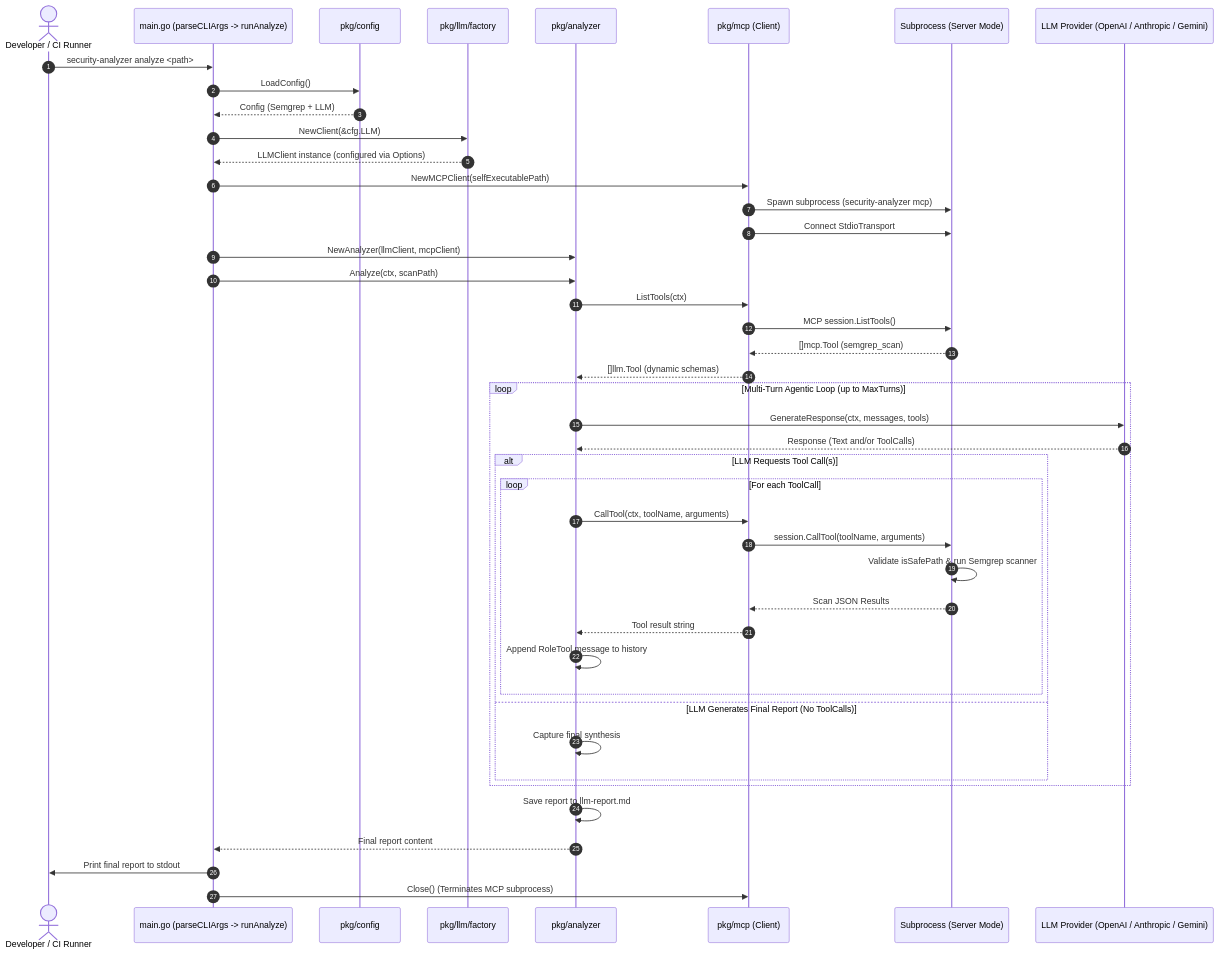
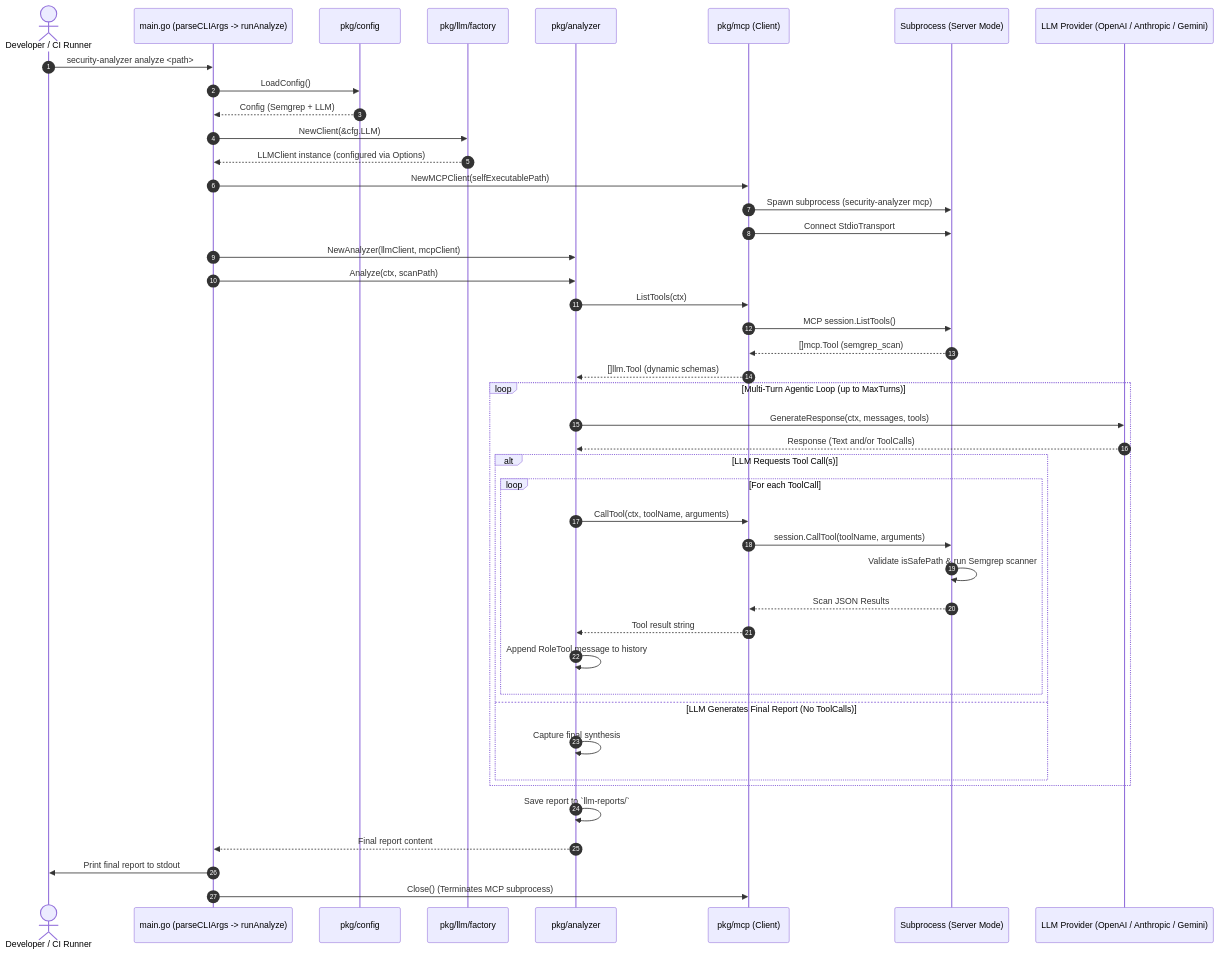
Before and after one commit to ajponte/security-analyzer: the first of 2 diagrams in docs/specs/llm-integration.md, drawn with Mermaid. The commit also changed other lines of this file and 7 other files, not shown here.

````diff
--- a/docs/specs/llm-integration.md
+++ b/docs/specs/llm-integration.md
@@ -22,51 +22,51 @@
 ```mermaid
 sequenceDiagram
     autonumber
     actor User as Developer / CI Runner
     participant Main as main.go (parseCLIArgs -> runAnalyze)
     participant Config as pkg/config
     participant Factory as pkg/llm/factory
     participant Analyzer as pkg/analyzer
     participant MCPClient as pkg/mcp (Client)
     participant MCPServer as Subprocess (Server Mode)
     participant LLM as LLM Provider (OpenAI / Anthropic / Gemini)
 
     User->>Main: security-analyzer analyze <path>
     Main->>Config: LoadConfig()
     Config-->>Main: Config (Semgrep + LLM)
     Main->>Factory: NewClient(&cfg.LLM)
     Factory-->>Main: LLMClient instance (configured via Options)
     Main->>MCPClient: NewMCPClient(selfExecutablePath)
     MCPClient->>MCPServer: Spawn subprocess (security-analyzer mcp)
     MCPClient->>MCPServer: Connect StdioTransport
     Main->>Analyzer: NewAnalyzer(llmClient, mcpClient)
     Main->>Analyzer: Analyze(ctx, scanPath)
 
     Analyzer->>MCPClient: ListTools(ctx)
     MCPClient->>MCPServer: MCP session.ListTools()
     MCPServer-->>MCPClient: []mcp.Tool (semgrep_scan)
     MCPClient-->>Analyzer: []llm.Tool (dynamic schemas)
 
     loop Multi-Turn Agentic Loop (up to MaxTurns)
         Analyzer->>LLM: GenerateResponse(ctx, messages, tools)
         LLM-->>Analyzer: Response (Text and/or ToolCalls)
         
         alt LLM Requests Tool Call(s)
             loop For each ToolCall
                 Analyzer->>MCPClient: CallTool(ctx, toolName, arguments)
                 MCPClient->>MCPServer: session.CallTool(toolName, arguments)
                 MCPServer->>MCPServer: Validate isSafePath & run Semgrep scanner
                 MCPServer-->>MCPClient: Scan JSON Results
                 MCPClient-->>Analyzer: Tool result string
                 Analyzer->>Analyzer: Append RoleTool message to history
             end
         else LLM Generates Final Report (No ToolCalls)
             Analyzer->>Analyzer: Capture final synthesis
         end
     end
 
-    Analyzer->>Analyzer: Save report to llm-report.md
+    Analyzer->>Analyzer: Save report to `llm-reports/`
     Analyzer-->>Main: Final report content
     Main->>User: Print final report to stdout
     Main->>MCPClient: Close() (Terminates MCP subprocess)
 ```
````
